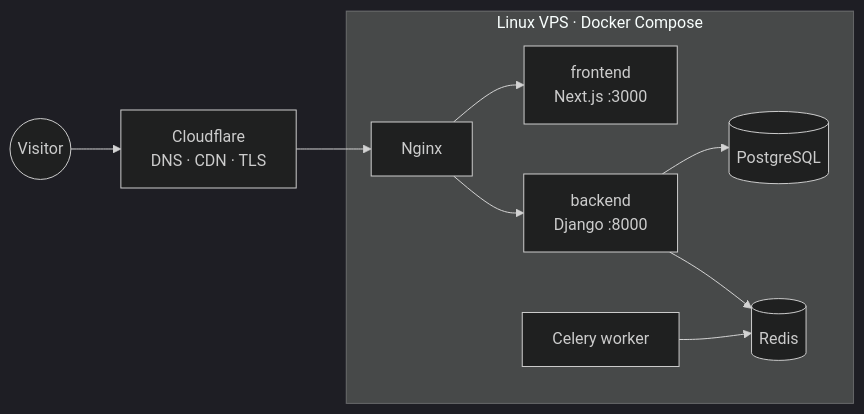
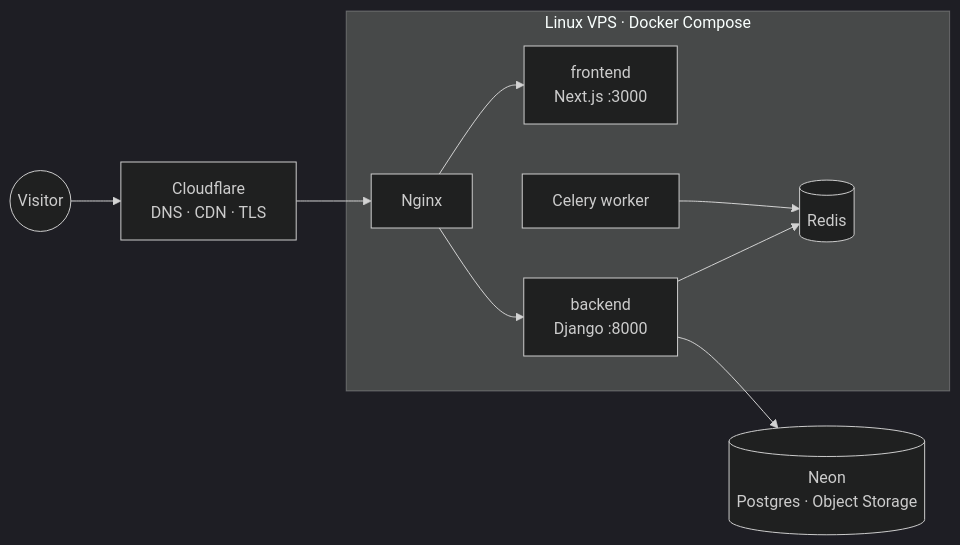
Before and after one commit to NHasan143/driveo-creative: the second of 3 diagrams in README.md, drawn with Mermaid (dark theme). The commit also changed other lines of this file and 19 other files, not shown here.

````diff
--- a/README.md
+++ b/README.md
@@ -123,11 +127,11 @@
 ```mermaid
 flowchart LR
     User((Visitor)) --> CF["Cloudflare<br/>DNS · CDN · TLS"] --> Nginx
     subgraph VPS["Linux VPS · Docker Compose"]
       Nginx --> Web["frontend<br/>Next.js :3000"]
       Nginx --> Django["backend<br/>Django :8000"]
-      Django --> PG[("PostgreSQL")]
       Django --> Redis[("Redis")]
       Worker["Celery worker"] --> Redis
     end
+    Django --> Neon[("Neon<br/>Postgres · Object Storage")]
 ```
````
